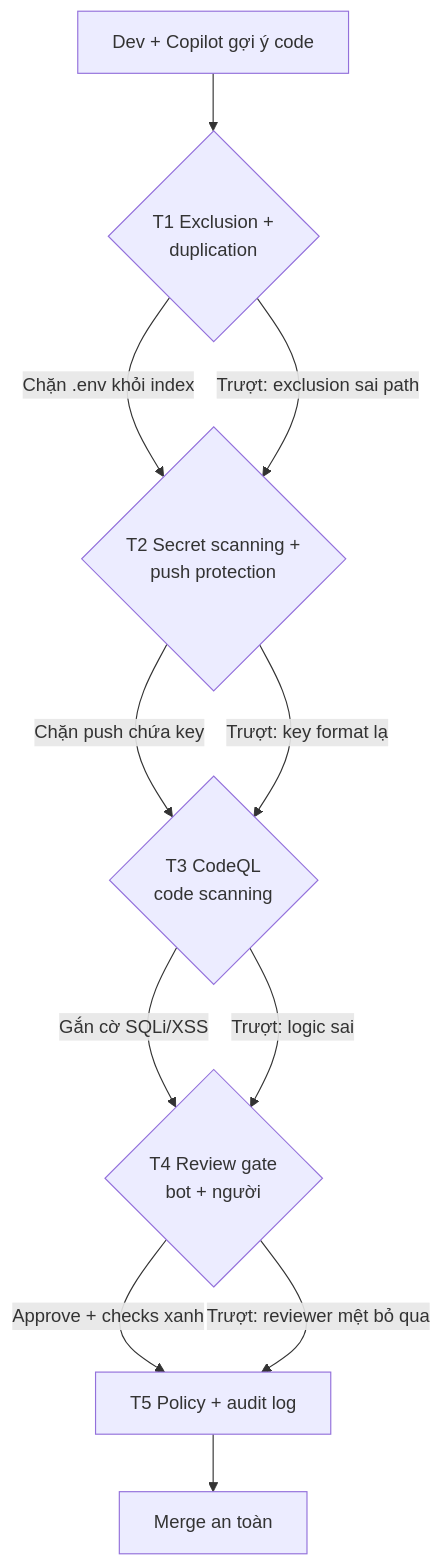
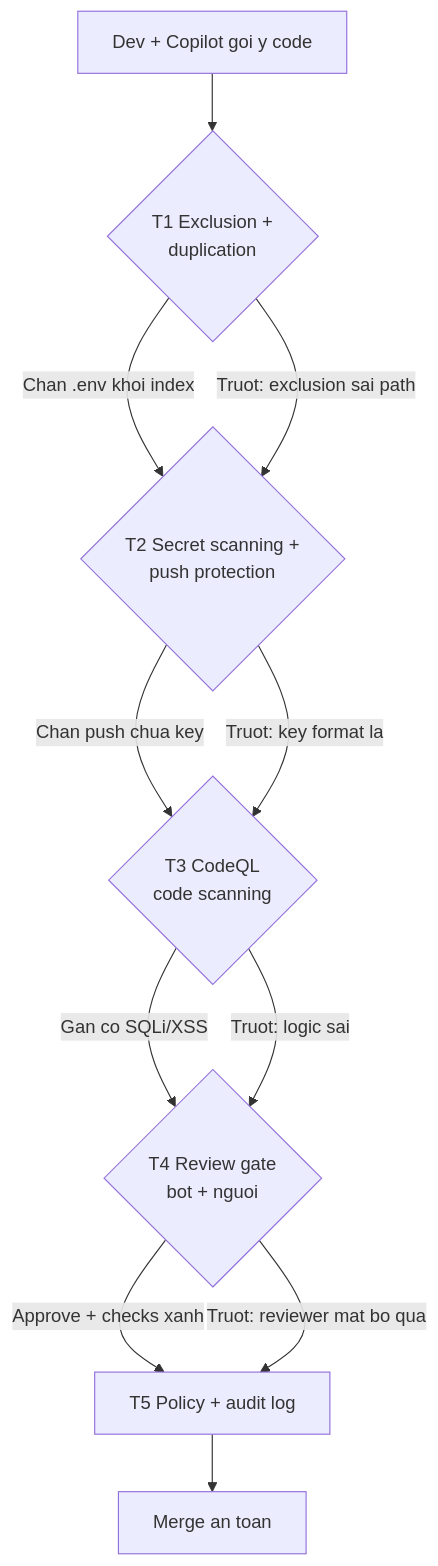
Before and after one commit to nbhson/tutorial-github-copilot: the diagram in 01-huong-dan-su-dung/15-security-stack-5-tang.md, drawn with Mermaid. The commit also changed other lines of this file and 96 other files, not shown here.

````diff
--- a/01-huong-dan-su-dung/15-security-stack-5-tang.md
+++ b/01-huong-dan-su-dung/15-security-stack-5-tang.md
@@ -85,13 +88,13 @@
 ```mermaid
 flowchart TD
-    A[Dev + Copilot gợi ý code] --> T1{T1 Exclusion +<br/>duplication}
-    T1 -->|Chặn .env khỏi index| T2{T2 Secret scanning +<br/>push protection}
-    T1 -->|Trượt: exclusion sai path| T2
-    T2 -->|Chặn push chứa key| T3{T3 CodeQL<br/>code scanning}
-    T2 -->|Trượt: key format lạ| T3
-    T3 -->|Gắn cờ SQLi/XSS| T4{T4 Review gate<br/>bot + người}
-    T3 -->|Trượt: logic sai| T4
+    A[Dev + Copilot goi y code] --> T1{T1 Exclusion +<br/>duplication}
+    T1 -->|Chan .env khoi index| T2{T2 Secret scanning +<br/>push protection}
+    T1 -->|Truot: exclusion sai path| T2
+    T2 -->|Chan push chua key| T3{T3 CodeQL<br/>code scanning}
+    T2 -->|Truot: key format la| T3
+    T3 -->|Gan co SQLi/XSS| T4{T4 Review gate<br/>bot + nguoi}
+    T3 -->|Truot: logic sai| T4
     T4 -->|Approve + checks xanh| T5[T5 Policy + audit log]
-    T4 -->|Trượt: reviewer mệt bỏ qua| T5
-    T5 --> M[Merge an toàn]
+    T4 -->|Truot: reviewer mat bo qua| T5
+    T5 --> M[Merge an toan]
 ```
````
